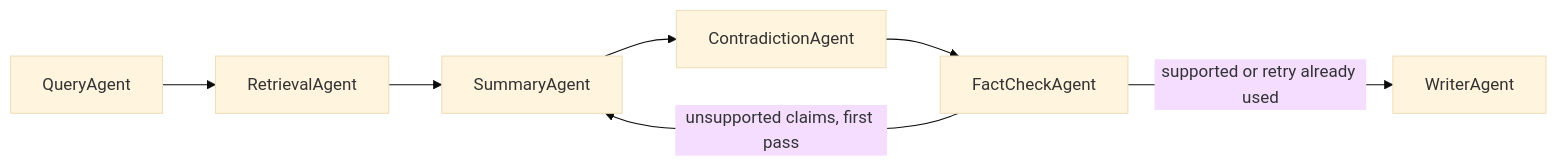
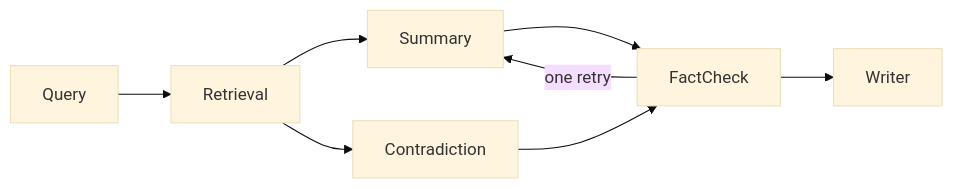
One commit to mayanksinghrajpoot/ACADEMIC-RESEARCH-ASSISTANT-TEAM changed the diagram in README.md. Above: the diagram before and after it, drawn with Mermaid (base theme). The commit also changed other lines of this file and 22 other files, not shown here.

Commit message:
Give each agent two tools on one shared dossier and add the submission artifacts.

````diff
--- a/README.md
+++ b/README.md
@@ -7,9 +7,10 @@
 ```mermaid
 flowchart LR
-  query[QueryAgent] --> retrieval[RetrievalAgent]
-  retrieval --> summary[SummaryAgent]
-  summary --> contradiction[ContradictionAgent]
-  contradiction --> factcheck[FactCheckAgent]
-  factcheck -->|"unsupported claims, first pass"| summary
-  factcheck -->|"supported or retry already used"| writer[WriterAgent]
+  query[Query] --> retrieval[Retrieval]
+  retrieval --> summary[Summary]
+  retrieval --> contradiction[Contradiction]
+  summary --> factcheck[FactCheck]
+  contradiction --> factcheck
+  factcheck -->|one retry| summary
+  factcheck --> writer[Writer]
 ```
````
